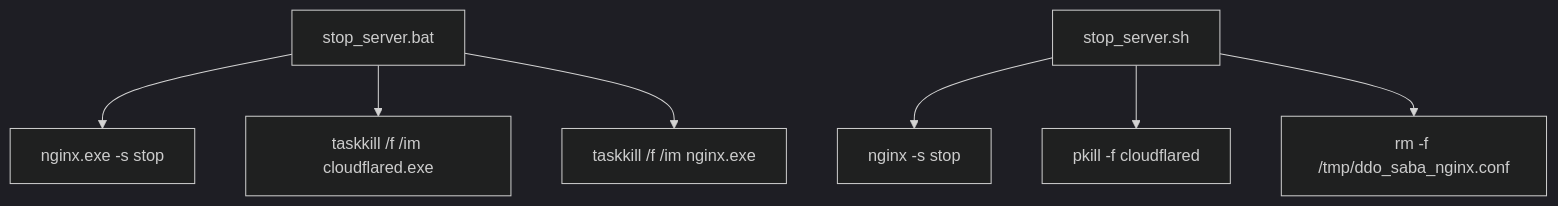
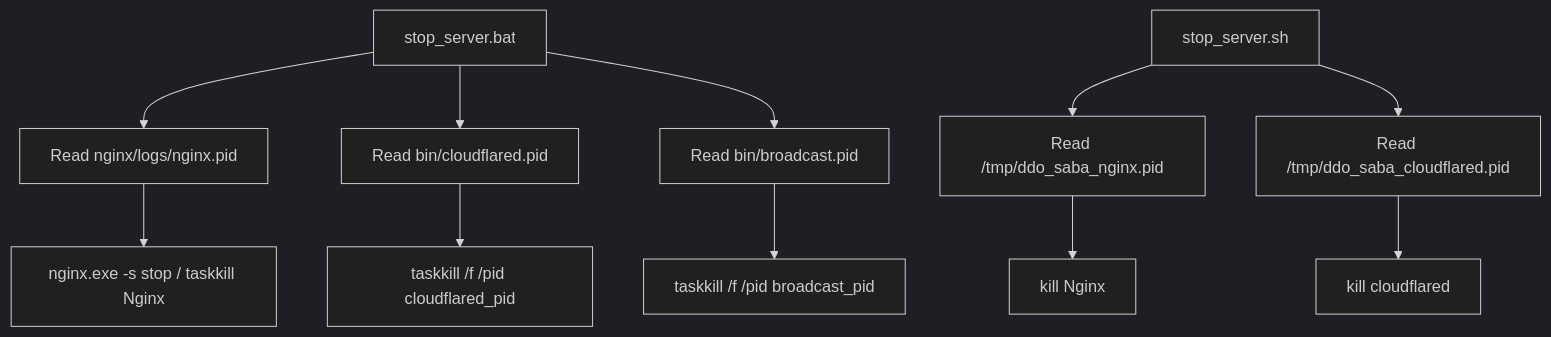
Before and after one commit to DovahkiinYuzuko/ddo-saba: the diagram in docs/variables'n'functions/[Batch]stop_server.md, drawn with Mermaid (dark theme). The commit also changed other lines of this file and 11 other files, not shown here.

````diff
--- a/docs/variables'n'functions/[Batch]stop_server.md
+++ b/docs/variables'n'functions/[Batch]stop_server.md
@@ -32,10 +32,14 @@
 ```mermaid
 graph TD
-    stop_server.bat --> StopNginx["nginx.exe -s stop"]
-    stop_server.bat --> KillCloudflared["taskkill /f /im cloudflared.exe"]
-    stop_server.bat --> ForceKillNginx["taskkill /f /im nginx.exe"]
+    stop_server.bat --> ReadNginxPID["Read nginx/logs/nginx.pid"]
+    stop_server.bat --> ReadCFPID["Read bin/cloudflared.pid"]
+    stop_server.bat --> ReadBCPID["Read bin/broadcast.pid"]
+    ReadNginxPID --> StopNginx["nginx.exe -s stop / taskkill Nginx"]
+    ReadCFPID --> KillCloudflared["taskkill /f /pid cloudflared_pid"]
+    ReadBCPID --> KillBroadcast["taskkill /f /pid broadcast_pid"]
     
-    stop_server.sh --> StopUnixNginx["nginx -s stop"]
-    stop_server.sh --> KillUnixCloudflared["pkill -f cloudflared"]
-    stop_server.sh --> CleanTempFiles["rm -f /tmp/ddo_saba_nginx.conf"]
+    stop_server.sh --> ReadUnixNginxPID["Read /tmp/ddo_saba_nginx.pid"]
+    stop_server.sh --> ReadUnixCFPID["Read /tmp/ddo_saba_cloudflared.pid"]
+    ReadUnixNginxPID --> StopUnixNginx["kill Nginx"]
+    ReadUnixCFPID --> KillUnixCloudflared["kill cloudflared"]
 ```
````
